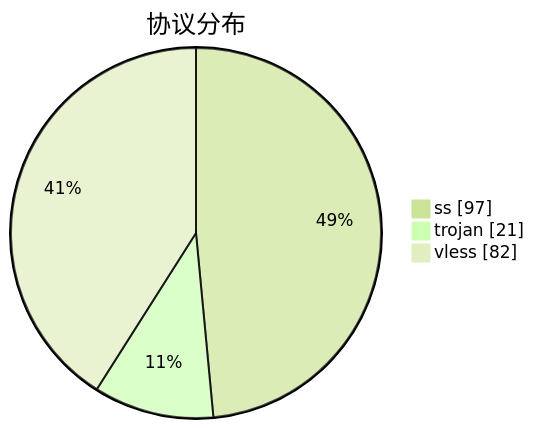
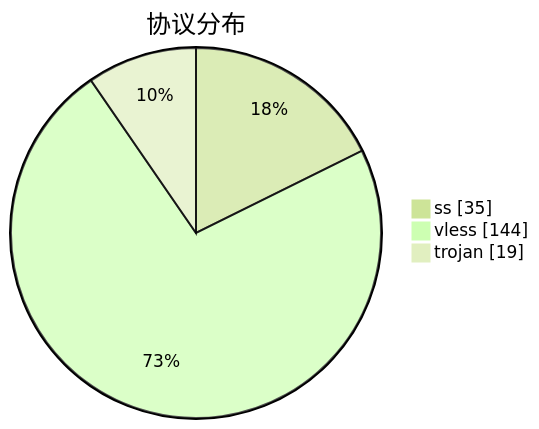
The third of 3 diagrams in subs/statistics/tested_within.md (qjlxg/airport), drawn with Mermaid (forest theme) before and after one commit. The commit also changed other lines of this file and 2 other files, not shown here.

````diff
--- a/subs/statistics/tested_within.md
+++ b/subs/statistics/tested_within.md
@@ -32,7 +28,7 @@
 ```mermaid
 pie showData
 title 协议分布
-"ss" : 97
-"trojan" : 21
-"vless" : 82
+"ss" : 35
+"vless" : 144
+"trojan" : 19
 ```
````
